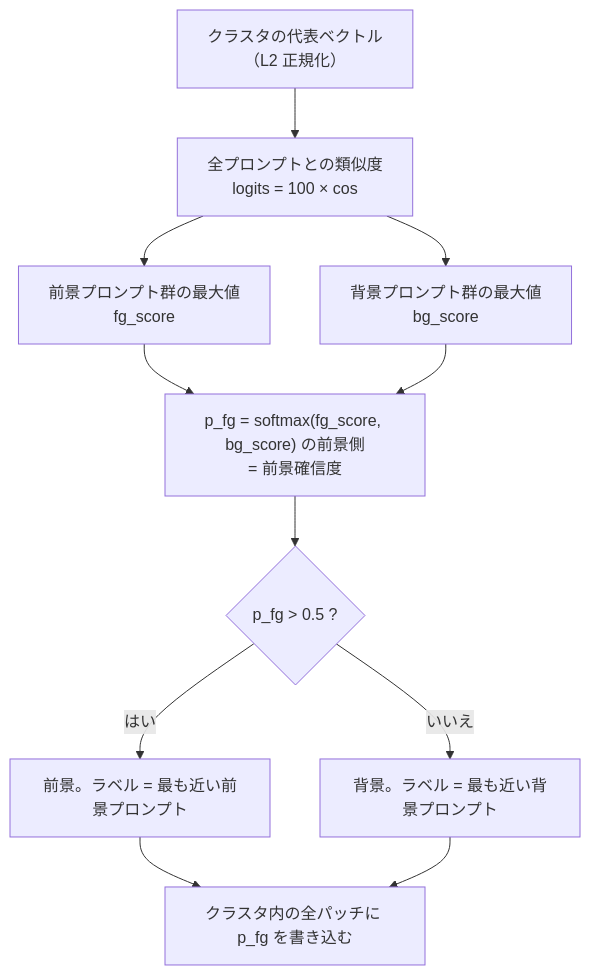
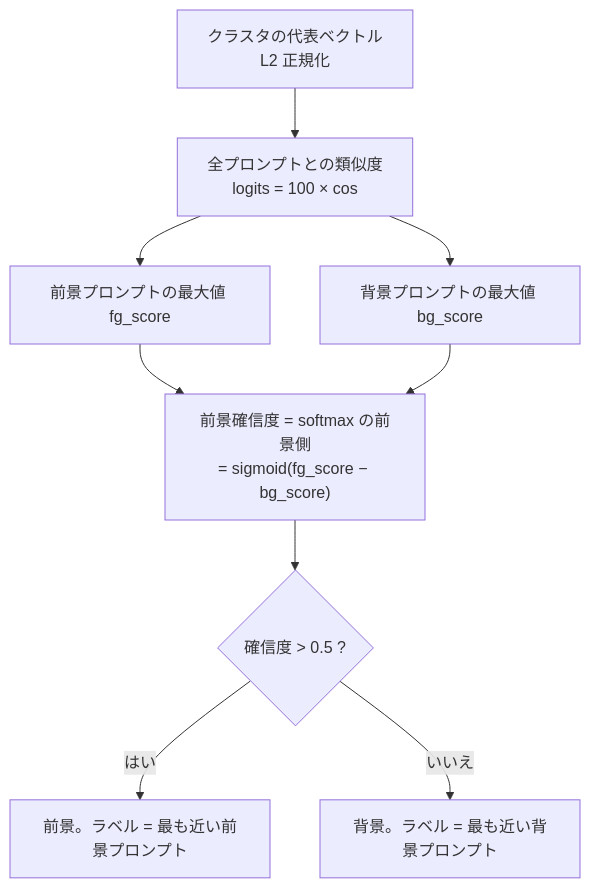
One commit to fklg-64/pe_anything_detect changed the second of 5 diagrams in docs/coarse_segmentation.md. Above: the diagram before and after it, drawn with Mermaid. The commit also changed other lines of this file and 46 other files, not shown here.

````diff
--- a/docs/coarse_segmentation.md
+++ b/docs/coarse_segmentation.md
@@ -190,13 +114,11 @@
 ```mermaid
 flowchart TD
-    T["クラスタの代表ベクトル<br/>（L2 正規化）"] --> S["全プロンプトとの類似度<br/>logits = 100 × cos"]
-    S --> FG["前景プロンプト群の最大値<br/>fg_score"]
-    S --> BG["背景プロンプト群の最大値<br/>bg_score"]
-    FG --> SM["p_fg = softmax(fg_score, bg_score) の前景側<br/>= 前景確信度"]
-    BG --> SM
-    SM --> D{"p_fg > 0.5 ?"}
-    D -->|はい| F["前景。ラベル = 最も近い前景プロンプト"]
-    D -->|いいえ| B["背景。ラベル = 最も近い背景プロンプト"]
-    F --> W["クラスタ内の全パッチに p_fg を書き込む"]
-    B --> W
+    A["クラスタの代表ベクトル<br/>L2 正規化"] --> B["全プロンプトとの類似度<br/>logits = 100 × cos"]
+    B --> C["前景プロンプトの最大値 fg_score"]
+    B --> D["背景プロンプトの最大値 bg_score"]
+    C --> E["前景確信度 = softmax の前景側<br/>= sigmoid(fg_score − bg_score)"]
+    D --> E
+    E --> F{"確信度 > 0.5 ?"}
+    F -->|はい| G["前景。ラベル = 最も近い前景プロンプト"]
+    F -->|いいえ| H["背景。ラベル = 最も近い背景プロンプト"]
 ```
````
